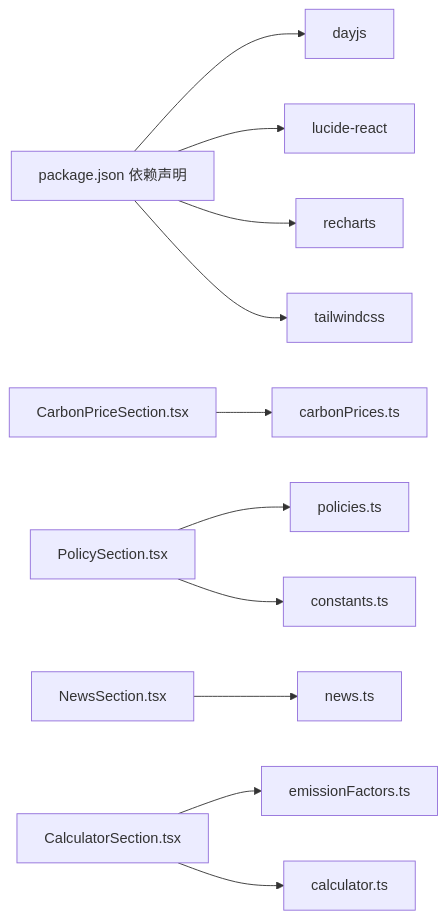
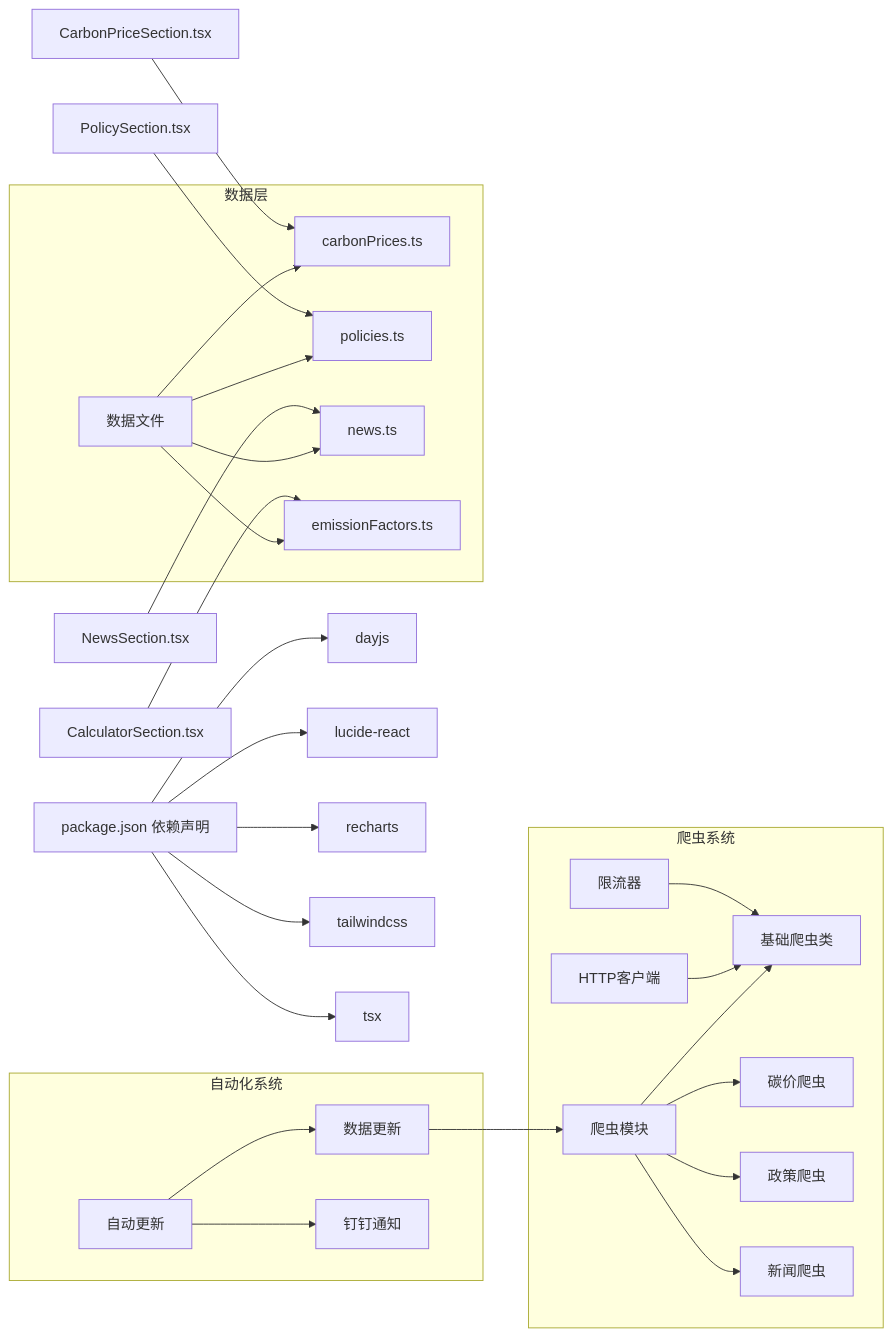
Before and after one commit to liangxuanliang-cmd/carbon-info-agent: the sixth of 6 diagrams in .qoder/repowiki/zh/content/数据管理/数据管理.md, drawn with Mermaid. The commit also changed other lines of this file and 14 other files, not shown here.

````diff
--- a/.qoder/repowiki/zh/content/数据管理/数据管理.md
+++ b/.qoder/repowiki/zh/content/数据管理/数据管理.md
@@ -339,13 +583,31 @@
 ```mermaid
 graph LR
 Pkg["package.json 依赖声明"] --> Dayjs["dayjs"]
 Pkg --> Lucide["lucide-react"]
 Pkg --> Recharts["recharts"]
 Pkg --> Tailwind["tailwindcss"]
-Sec1["CarbonPriceSection.tsx"] --> Data1["carbonPrices.ts"]
-Sec2["PolicySection.tsx"] --> Data2["policies.ts"]
-Sec3["NewsSection.tsx"] --> Data3["news.ts"]
-Sec4["CalculatorSection.tsx"] --> Data4["emissionFactors.ts"]
-Sec4 --> Util1["calculator.ts"]
-Sec2 --> Util2["constants.ts"]
+Pkg --> Tsx["tsx"]
+subgraph "爬虫系统"
+Crawler["爬虫模块"] --> BaseCrawler["基础爬虫类"]
+Crawler --> CarbonPriceCrawler["碳价爬虫"]
+Crawler --> PolicyCrawler["政策爬虫"]
+Crawler --> NewsCrawler["新闻爬虫"]
+HttpClient["HTTP客户端"] --> BaseCrawler
+RateLimiter["限流器"] --> BaseCrawler
+end
+subgraph "自动化系统"
+AutoUpdate["自动更新"] --> UpdateData["数据更新"]
+AutoUpdate --> SendDingTalk["钉钉通知"]
+UpdateData --> Crawler
+end
+subgraph "数据层"
+Data["数据文件"] --> CarbonPrices["carbonPrices.ts"]
+Data --> Policies["policies.ts"]
+Data --> News["news.ts"]
+Data --> EmissionFactors["emissionFactors.ts"]
+end
+CarbonPriceSection["CarbonPriceSection.tsx"] --> CarbonPrices
+PolicySection["PolicySection.tsx"] --> Policies
+NewsSection["NewsSection.tsx"] --> News
+CalculatorSection["CalculatorSection.tsx"] --> EmissionFactors
 ```
````
